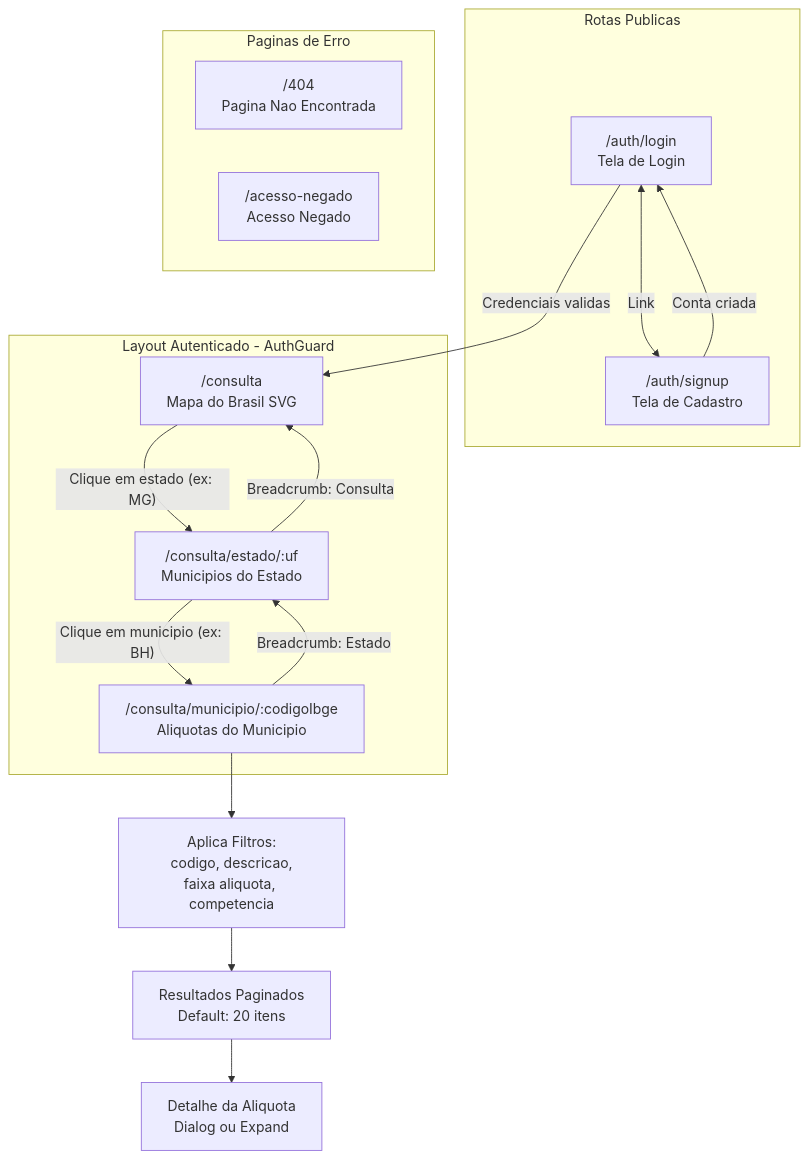
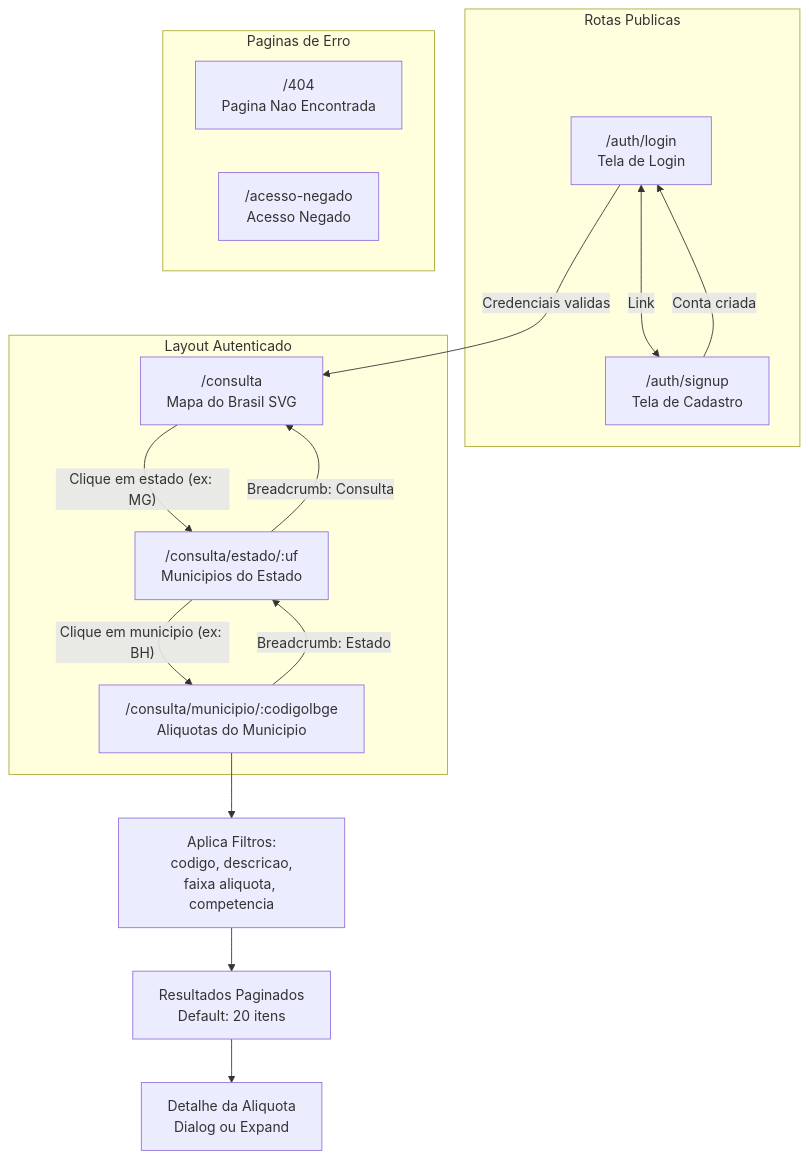
The seventh of 8 diagrams in docs/technical-doc.md (john182/poc-open-spec), drawn with Mermaid before and after one commit. The commit also changed other lines of this file and 6 other files, not shown here.

````diff
--- a/docs/technical-doc.md
+++ b/docs/technical-doc.md
@@ -619,31 +621,31 @@
 ```mermaid
 flowchart TD
     subgraph "Rotas Publicas"
         LOGIN["/auth/login<br/>Tela de Login"]
         SIGNUP["/auth/signup<br/>Tela de Cadastro"]
         LOGIN <-->|Link| SIGNUP
     end
 
-    subgraph "Layout Autenticado - AuthGuard"
+    subgraph "Layout Autenticado"
         MAPA["/consulta<br/>Mapa do Brasil SVG"]
         ESTADO["/consulta/estado/:uf<br/>Municipios do Estado"]
         MUNICIPIO["/consulta/municipio/:codigoIbge<br/>Aliquotas do Municipio"]
     end
 
     subgraph "Paginas de Erro"
         P404["/404<br/>Pagina Nao Encontrada"]
         P403["/acesso-negado<br/>Acesso Negado"]
     end
 
     LOGIN -->|Credenciais validas| MAPA
     SIGNUP -->|Conta criada| LOGIN
 
     MAPA -->|"Clique em estado (ex: MG)"| ESTADO
     ESTADO -->|"Clique em municipio (ex: BH)"| MUNICIPIO
     MUNICIPIO -->|"Breadcrumb: Estado"| ESTADO
     ESTADO -->|"Breadcrumb: Consulta"| MAPA
 
     MUNICIPIO --> FILTROS["Aplica Filtros:<br/>codigo, descricao,<br/>faixa aliquota, competencia"]
     FILTROS --> RESULTADOS["Resultados Paginados<br/>Default: 20 itens"]
     RESULTADOS --> DETALHE["Detalhe da Aliquota<br/>Dialog ou Expand"]
 ```
````
